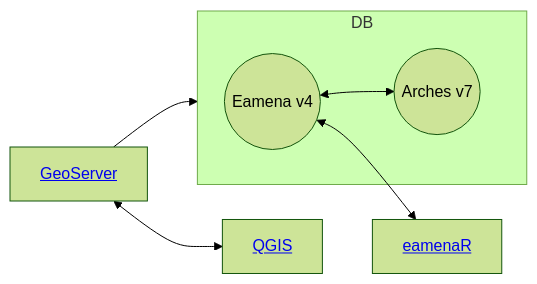
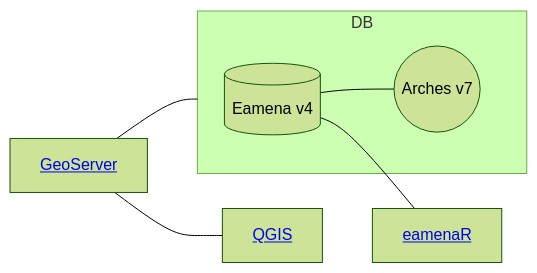
One commit to eamena-project/eamena-arches-dev changed the first of 2 diagrams in training/README.md. Above: the diagram before and after it, drawn with Mermaid (forest theme).

````diff
--- a/training/README.md
+++ b/training/README.md
@@ -10,9 +10,9 @@
 ```mermaid
 flowchart LR
   subgraph DB
-  id1((Eamena v4))<-->id2((Arches v7));
+  id1[(Eamena v4)] --- id2((Arches v7));
   end
-  id3[<a href='https://github.com/eamena-project/eamena-arches-dev/tree/main/geoserver'>GeoServer</a>]-->DB;
-  id3 <--> id4[<a href='https://github.com/eamena-project/eamena-arches-dev/tree/main/gis/qgis'>QGIS</a>];
-  id1 <--> id5[<a href='https://github.com/eamena-project/eamenaR'>eamenaR</a>];
+  id3[<a href='https://github.com/eamena-project/eamena-arches-dev/tree/main/geoserver'>GeoServer</a>] --- DB;
+  id3 --- id4[<a href='https://github.com/eamena-project/eamena-arches-dev/tree/main/gis/qgis'>QGIS</a>];
+  id1 --- id5[<a href='https://github.com/eamena-project/eamenaR'>eamenaR</a>];
 ```
````
